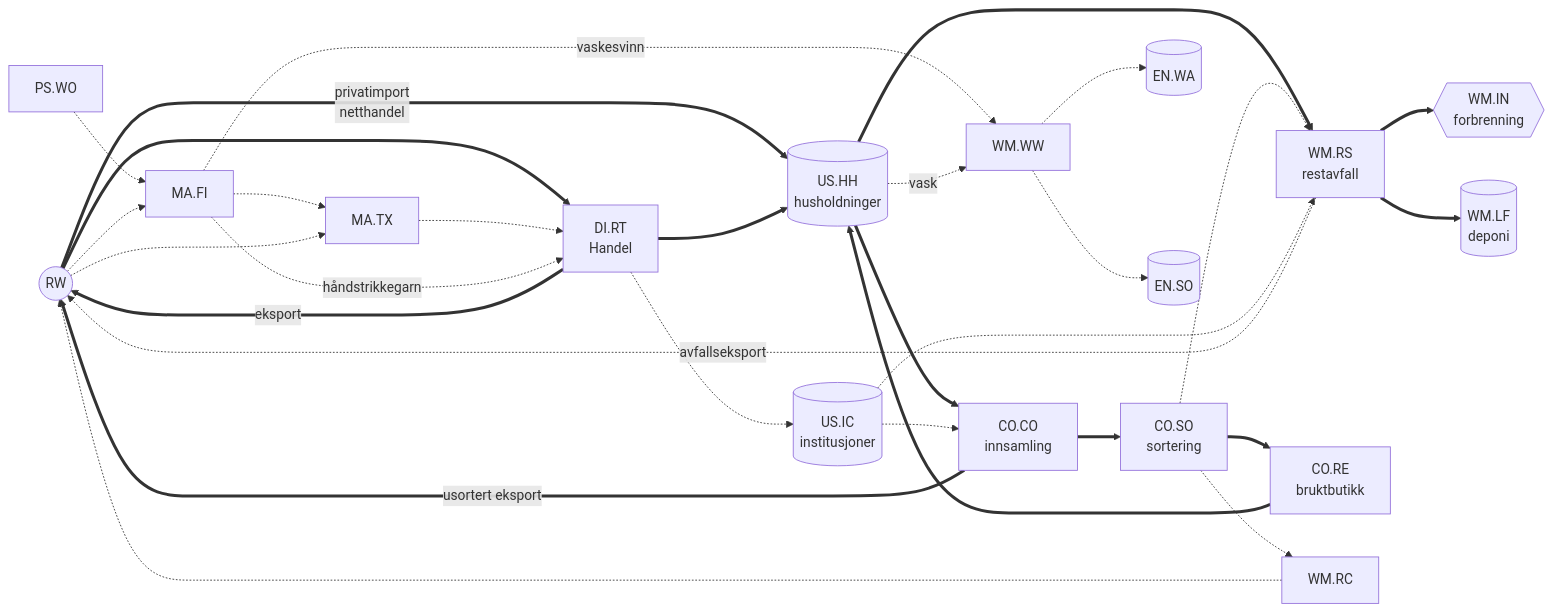
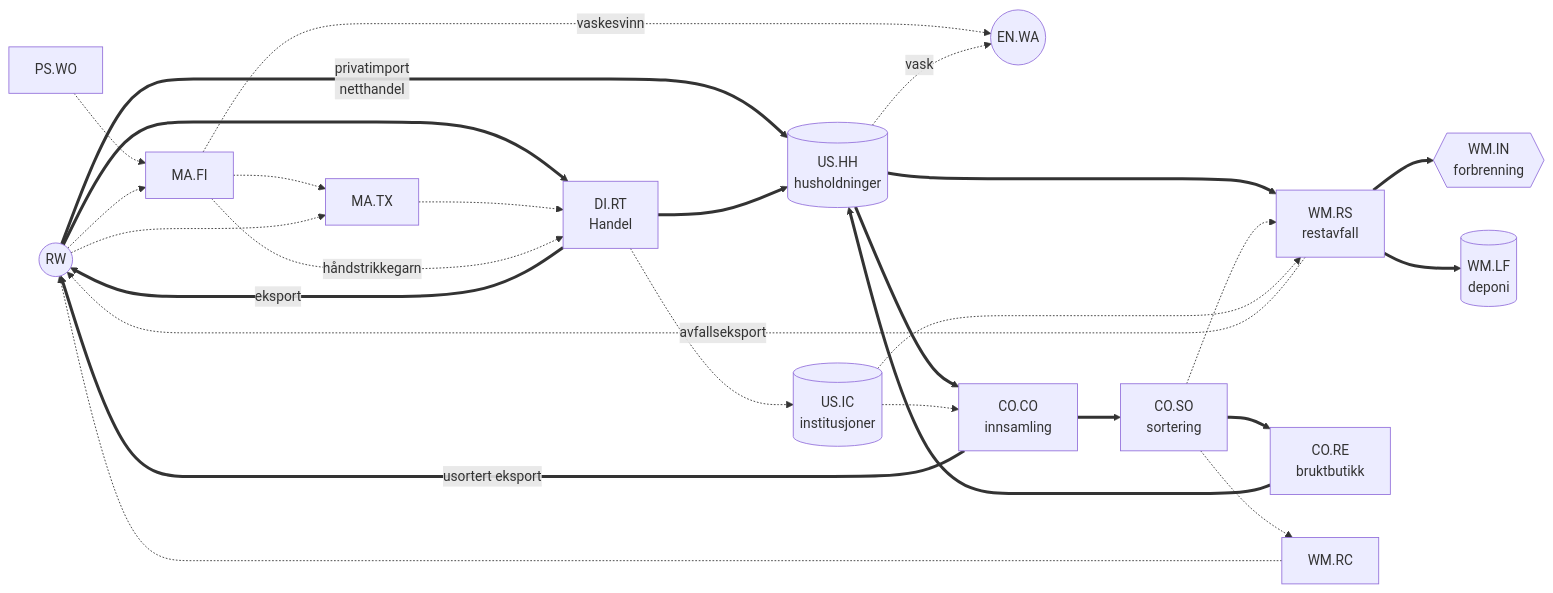
The diagram in docs/SYSTEMDEFINISJON.md (aroyne/TekstilMFA), drawn with Mermaid before and after one commit. The commit also changed other lines of this file and 148 other files, not shown here.

````diff
--- a/docs/SYSTEMDEFINISJON.md
+++ b/docs/SYSTEMDEFINISJON.md
@@ -53,25 +52,24 @@
 ```mermaid
 flowchart LR
   RW((RW)) ==> DI[DI.RT<br>Handel]
   RW ==>|privatimport<br>netthandel| HH
   PS[PS.WO] -.-> FI[MA.FI] -.-> TX[MA.TX] -.-> DI
-  FI -.->|vaskesvinn| WW
+  FI -.->|vaskesvinn| ENW
   FI -.->|håndstrikkegarn| DI
   RW -.-> FI & TX
   DI ==> HH[(US.HH<br>husholdninger)]
   DI -.-> IC[(US.IC<br>institusjoner)]
   DI ==>|eksport| RW
   HH ==> CO[CO.CO<br>innsamling]
   HH ==> RS[WM.RS<br>restavfall]
-  HH -.->|vask| WW[WM.WW]
+  HH -.->|vask| ENW((EN.WA))
   CO ==>|usortert eksport| RW
   CO ==> SO[CO.SO<br>sortering]
   SO ==> RE[CO.RE<br>bruktbutikk] ==> HH
   SO -.-> RC[WM.RC] -.-> RW
   SO -.-> RS
   IC -.-> CO & RS
   RS ==> IN{{WM.IN<br>forbrenning}}
   RS ==> LF[(WM.LF<br>deponi)]
   RS -.->|avfallseksport| RW
-  WW -.-> ENW[(EN.WA)] & ENS[(EN.SO)]
 ```
````
